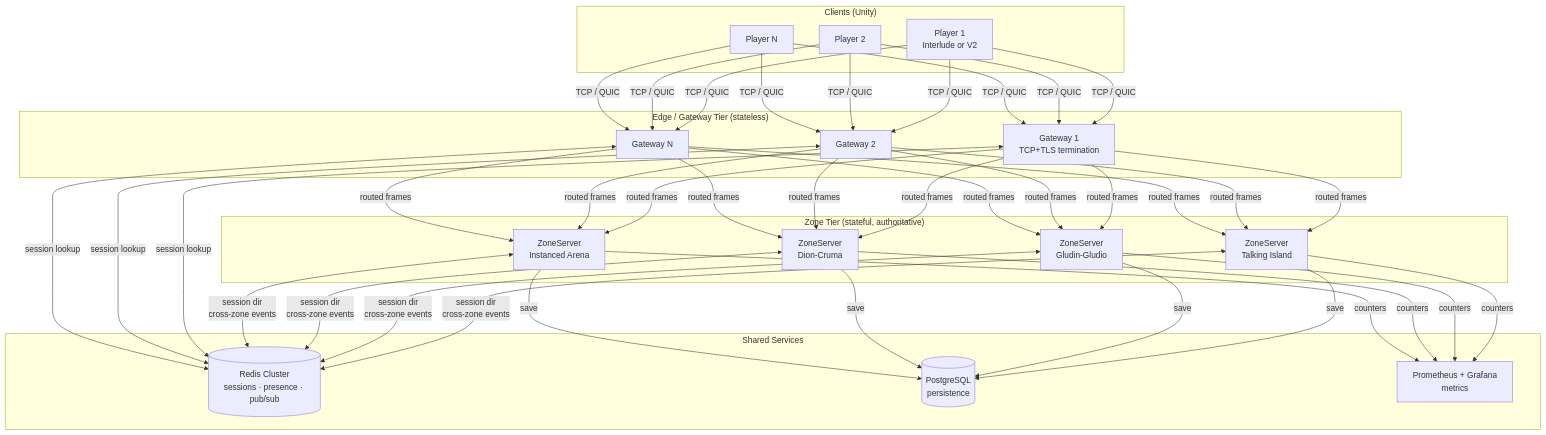
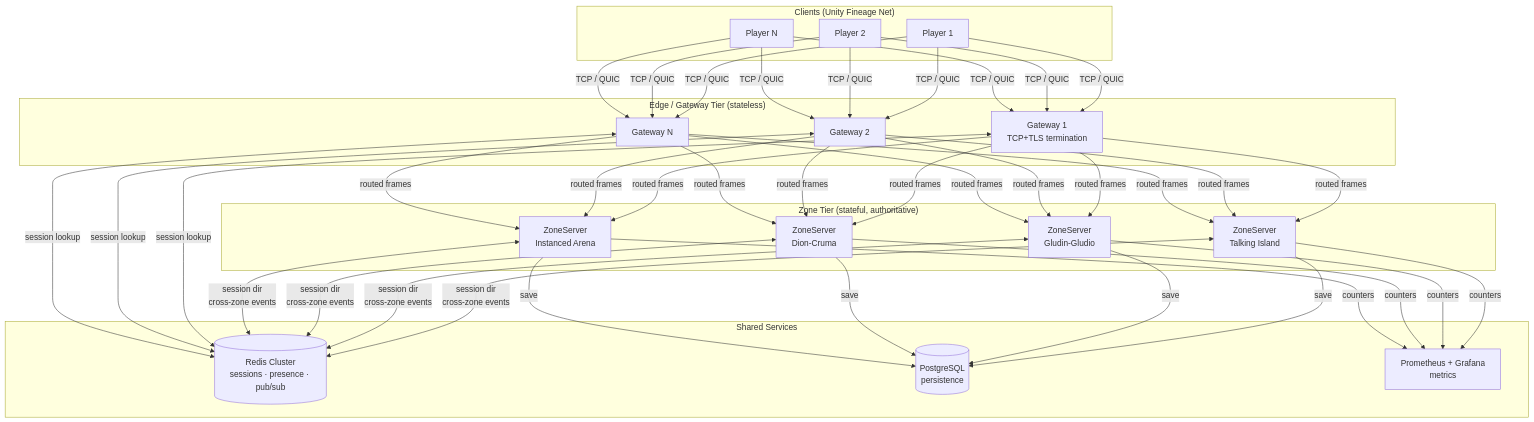
One commit to FioraSolutions/Fineage changed the diagram in Docs/ARCHITECTURE_NET.md. Above: the diagram before and after it, drawn with Mermaid. The commit also changed other lines of this file and 8 other files, not shown here.

First line of the commit message:
docs: canon Fineage Net + Interlude stabilize triage

````diff
--- a/Docs/ARCHITECTURE_NET.md
+++ b/Docs/ARCHITECTURE_NET.md
@@ -45,34 +45,34 @@
 ```mermaid
 flowchart TB
-    subgraph clients["Clients (Unity)"]
-        C1[Player 1<br/>Interlude or V2]
+    subgraph clients["Clients (Unity Fineage Net)"]
+        C1[Player 1]
         C2[Player 2]
         CN[Player N]
     end
 
     subgraph edge["Edge / Gateway Tier (stateless)"]
         GW1[Gateway 1<br/>TCP+TLS termination]
         GW2[Gateway 2]
         GWN[Gateway N]
     end
 
     subgraph zones["Zone Tier (stateful, authoritative)"]
         Z1[ZoneServer<br/>Talking Island]
         Z2[ZoneServer<br/>Gludin-Gludio]
         Z3[ZoneServer<br/>Dion-Cruma]
         ZI[ZoneServer<br/>Instanced Arena]
     end
 
     subgraph shared["Shared Services"]
         Redis[(Redis Cluster<br/>sessions · presence · pub/sub)]
         DB[(PostgreSQL<br/>persistence)]
         Metrics[Prometheus + Grafana<br/>metrics]
     end
 
     C1 & C2 & CN -->|TCP / QUIC| GW1 & GW2 & GWN
     GW1 & GW2 & GWN -->|routed frames| Z1 & Z2 & Z3 & ZI
     Z1 & Z2 & Z3 & ZI <-->|session dir<br/>cross-zone events| Redis
     Z1 & Z2 & Z3 & ZI -->|save| DB
     Z1 & Z2 & Z3 & ZI -->|counters| Metrics
     GW1 & GW2 & GWN <-->|session lookup| Redis
 ```
````
